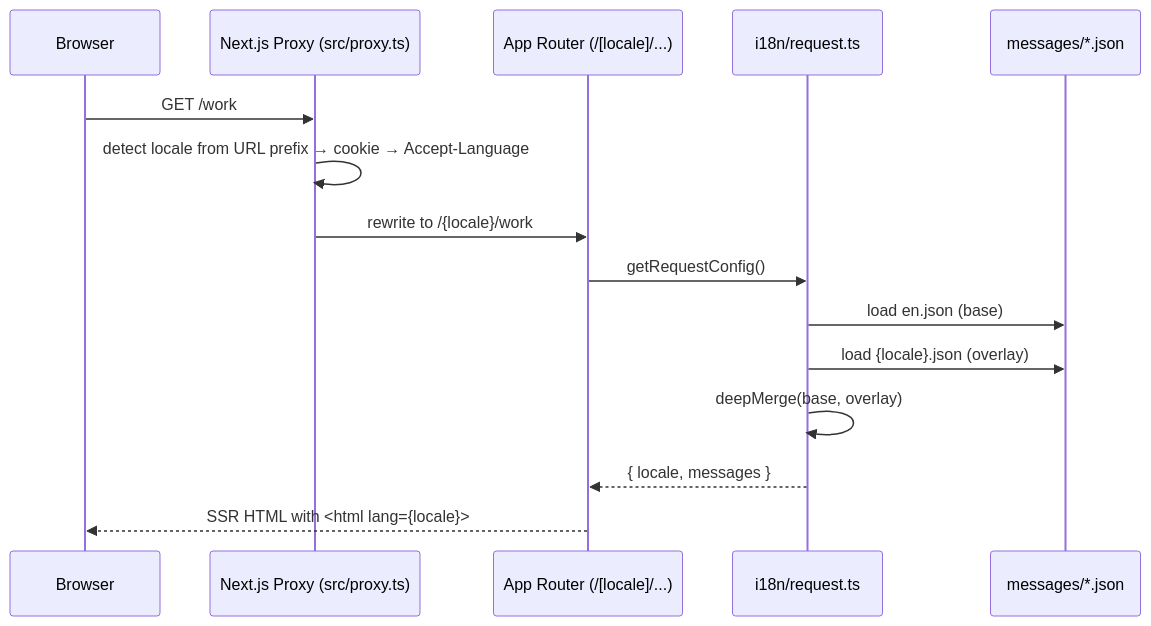
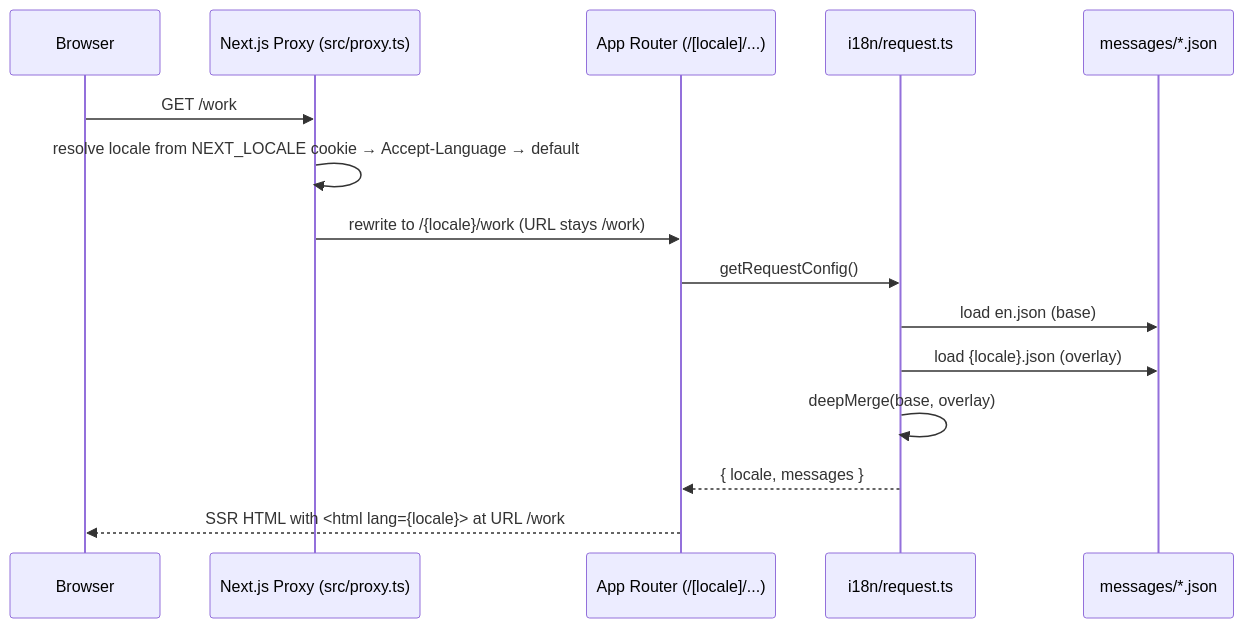
One commit to blackphoenix42/my_portfolio changed the diagram in docs/ARCHITECTURE.md. Above: the diagram before and after it, drawn with Mermaid. The commit also changed other lines of this file and 54 other files, not shown here.

````diff
--- a/docs/ARCHITECTURE.md
+++ b/docs/ARCHITECTURE.md
@@ -56,18 +64,18 @@
 ```mermaid
 sequenceDiagram
     participant Browser
     participant Proxy as Next.js Proxy (src/proxy.ts)
     participant App as App Router (/[locale]/...)
     participant Req as i18n/request.ts
     participant FS as messages/*.json
 
     Browser->>Proxy: GET /work
-    Proxy->>Proxy: detect locale from URL prefix → cookie → Accept-Language
-    Proxy->>App: rewrite to /{locale}/work
+    Proxy->>Proxy: resolve locale from NEXT_LOCALE cookie → Accept-Language → default
+    Proxy->>App: rewrite to /{locale}/work (URL stays /work)
     App->>Req: getRequestConfig()
     Req->>FS: load en.json (base)
     Req->>FS: load {locale}.json (overlay)
     Req->>Req: deepMerge(base, overlay)
     Req-->>App: { locale, messages }
-    App-->>Browser: SSR HTML with <html lang={locale}>
+    App-->>Browser: SSR HTML with <html lang={locale}> at URL /work
 ```
````
